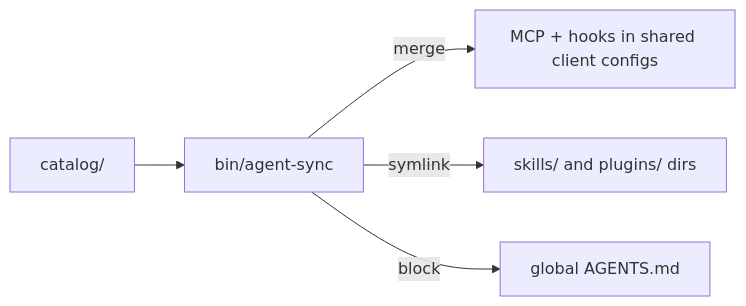
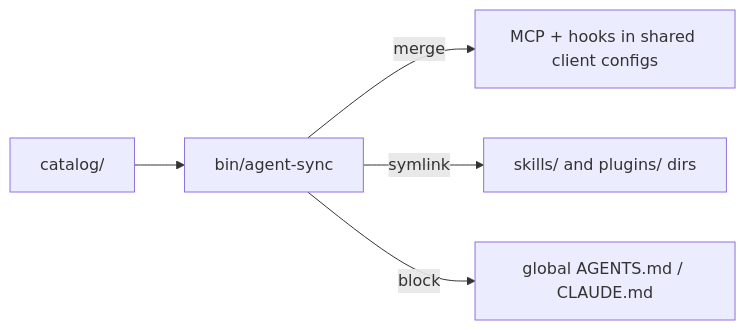
The diagram in README.md (msetsma/.dotfiles-agents), drawn with Mermaid before and after one commit. The commit also changed other lines of this file and 26 other files, not shown here.

````diff
--- a/README.md
+++ b/README.md
@@ -68,7 +72,7 @@
 ```mermaid
 flowchart LR
   C[catalog/] --> S[bin/agent-sync]
   S -- merge --> M[MCP + hooks in shared client configs]
   S -- symlink --> P[skills/ and plugins/ dirs]
-  S -- block --> I[global AGENTS.md]
+  S -- block --> I[global AGENTS.md / CLAUDE.md]
 ```
````
